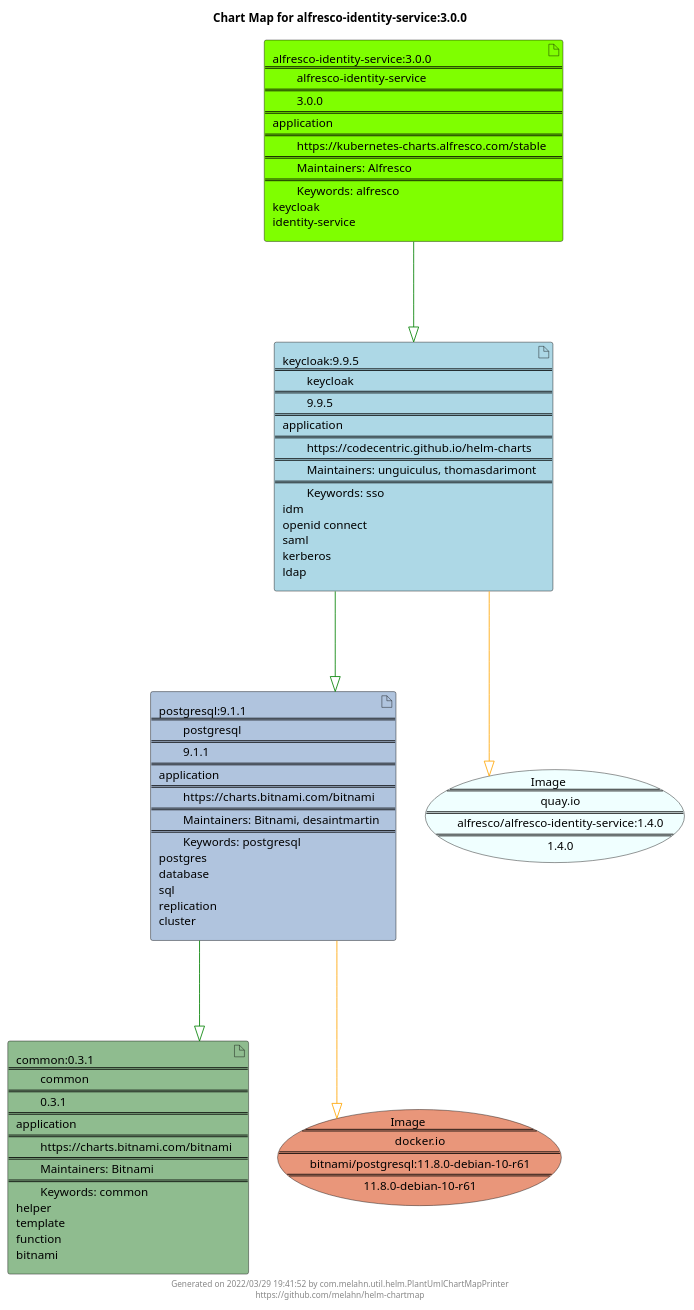
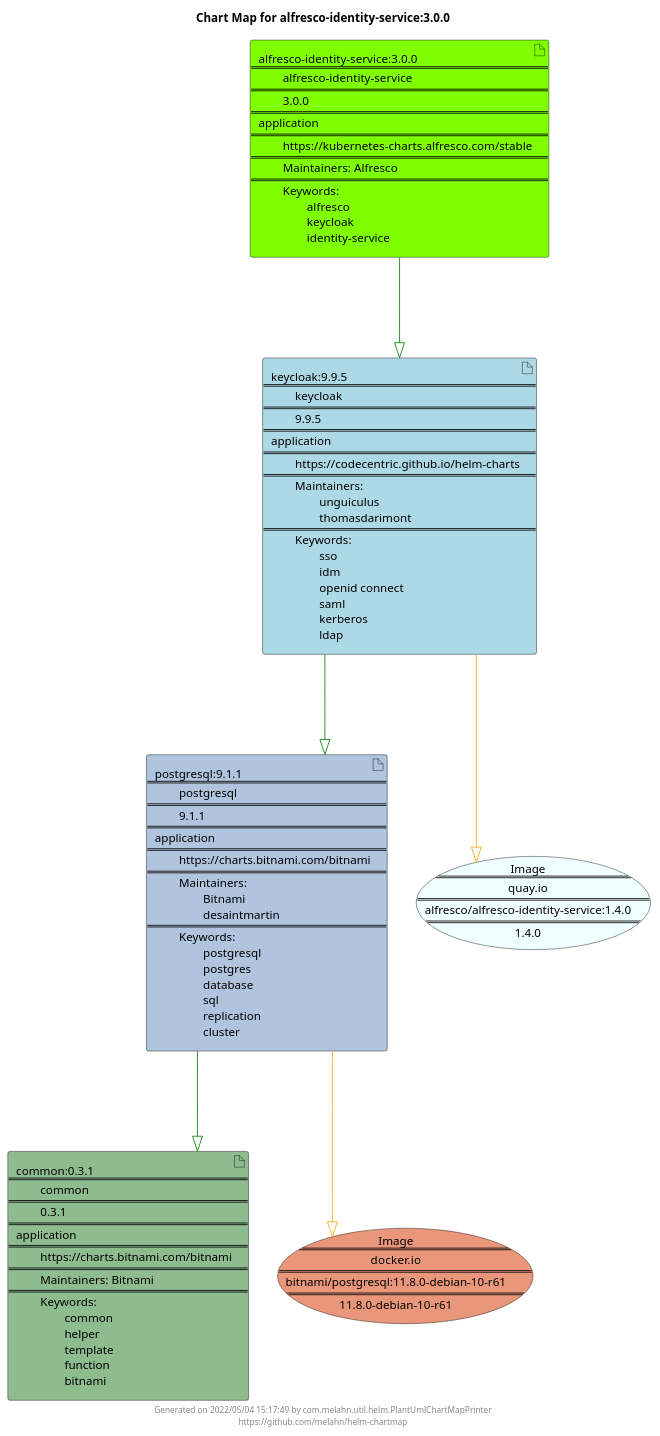
Before and after one commit to melahn/helm-chartmap: the diagram in docs/alfresco-identity-service/alfresco-identity-service-3.0.0.puml, drawn with PlantUML. The commit also changed 55 other files, not shown here.

Commit message:
Update Example Chart Maps as part of GitHub build

```diff
--- a/docs/alfresco-identity-service/alfresco-identity-service-3.0.0.puml
+++ b/docs/alfresco-identity-service/alfresco-identity-service-3.0.0.puml
@@ -1,29 +1,29 @@
 @startuml
 skinparam linetype ortho
 skinparam backgroundColor white
 skinparam usecaseBorderColor black
 skinparam usecaseArrowColor LightSlateGray
 skinparam artifactBorderColor black
 skinparam artifactArrowColor LightSlateGray
 
 title Chart Map for alfresco-identity-service:3.0.0
 
 'There are 4 referenced Helm Charts
-artifact "postgresql:9.1.1\n====\n\tpostgresql\n====\n\t9.1.1\n====\napplication\n====\n\thttps://charts.bitnami.com/bitnami\n====\n\tMaintainers: Bitnami, desaintmartin\n====\n\tKeywords: postgresql\npostgres\ndatabase\nsql\nreplication\ncluster" as postgresql_9_1_1 #LightSteelBlue
-artifact "alfresco-identity-service:3.0.0\n====\n\talfresco-identity-service\n====\n\t3.0.0\n====\napplication\n====\n\thttps://kubernetes-charts.alfresco.com/stable\n====\n\tMaintainers: Alfresco\n====\n\tKeywords: alfresco\nkeycloak\nidentity-service" as alfresco_identity_service_3_0_0 #Chartreuse
-artifact "keycloak:9.9.5\n====\n\tkeycloak\n====\n\t9.9.5\n====\napplication\n====\n\thttps://codecentric.github.io/helm-charts\n====\n\tMaintainers: unguiculus, thomasdarimont\n====\n\tKeywords: sso\nidm\nopenid connect\nsaml\nkerberos\nldap" as keycloak_9_9_5 #LightBlue
-artifact "common:0.3.1\n====\n\tcommon\n====\n\t0.3.1\n====\napplication\n====\n\thttps://charts.bitnami.com/bitnami\n====\n\tMaintainers: Bitnami\n====\n\tKeywords: common\nhelper\ntemplate\nfunction\nbitnami" as common_0_3_1 #DarkSeaGreen
+artifact "postgresql:9.1.1\n====\n\tpostgresql\n====\n\t9.1.1\n====\napplication\n====\n\thttps://charts.bitnami.com/bitnami\n====\n\tMaintainers: \n\t\tBitnami\n\t\tdesaintmartin\n====\n\tKeywords: \n\t\tpostgresql\n\t\tpostgres\n\t\tdatabase\n\t\tsql\n\t\treplication\n\t\tcluster" as postgresql_9_1_1 #LightSteelBlue
+artifact "alfresco-identity-service:3.0.0\n====\n\talfresco-identity-service\n====\n\t3.0.0\n====\napplication\n====\n\thttps://kubernetes-charts.alfresco.com/stable\n====\n\tMaintainers: Alfresco\n====\n\tKeywords: \n\t\talfresco\n\t\tkeycloak\n\t\tidentity-service" as alfresco_identity_service_3_0_0 #Chartreuse
+artifact "keycloak:9.9.5\n====\n\tkeycloak\n====\n\t9.9.5\n====\napplication\n====\n\thttps://codecentric.github.io/helm-charts\n====\n\tMaintainers: \n\t\tunguiculus\n\t\tthomasdarimont\n====\n\tKeywords: \n\t\tsso\n\t\tidm\n\t\topenid connect\n\t\tsaml\n\t\tkerberos\n\t\tldap" as keycloak_9_9_5 #LightBlue
+artifact "common:0.3.1\n====\n\tcommon\n====\n\t0.3.1\n====\napplication\n====\n\thttps://charts.bitnami.com/bitnami\n====\n\tMaintainers: Bitnami\n====\n\tKeywords: \n\t\tcommon\n\t\thelper\n\t\ttemplate\n\t\tfunction\n\t\tbitnami" as common_0_3_1 #DarkSeaGreen
 
 'There are 2 referenced Docker Images
-usecase "Image\n====\n\tdocker.io\n====\n\tbitnami/postgresql:11.8.0-debian-10-r61\n====\n\t11.8.0-debian-10-r61" as docker_io_bitnami_postgresql_11_8_0_debian_10_r61 #DarkSalmon
-usecase "Image\n====\n\tquay.io\n====\n\talfresco/alfresco-identity-service:1.4.0\n====\n\t1.4.0" as quay_io_alfresco_alfresco_identity_service_1_4_0 #Azure
+usecase "Image\n====\ndocker.io\n====\nbitnami/postgresql:11.8.0-debian-10-r61\n====\n11.8.0-debian-10-r61" as docker_io_bitnami_postgresql_11_8_0_debian_10_r61 #DarkSalmon
+usecase "Image\n====\nquay.io\n====\nalfresco/alfresco-identity-service:1.4.0\n====\n1.4.0" as quay_io_alfresco_alfresco_identity_service_1_4_0 #Azure
 
 'Chart Dependencies
 alfresco_identity_service_3_0_0--[#green]-|>keycloak_9_9_5
 keycloak_9_9_5--[#green]-|>postgresql_9_1_1
 postgresql_9_1_1--[#green]-|>common_0_3_1
 postgresql_9_1_1--[#orange]-|>docker_io_bitnami_postgresql_11_8_0_debian_10_r61
 keycloak_9_9_5--[#orange]-|>quay_io_alfresco_alfresco_identity_service_1_4_0
 
-center footer Generated on 2022/03/29 19:41:52 by com.melahn.util.helm.PlantUmlChartMapPrinter\nhttps://github.com/melahn/helm-chartmap
+center footer Generated on 2022/05/04 15:17:49 by com.melahn.util.helm.PlantUmlChartMapPrinter\nhttps://github.com/melahn/helm-chartmap
 @enduml
```
